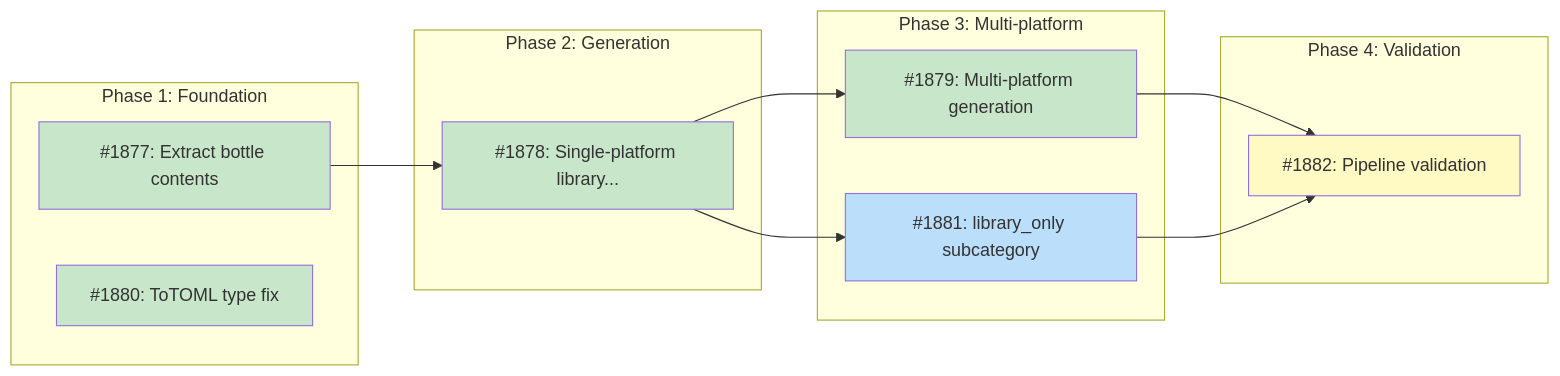
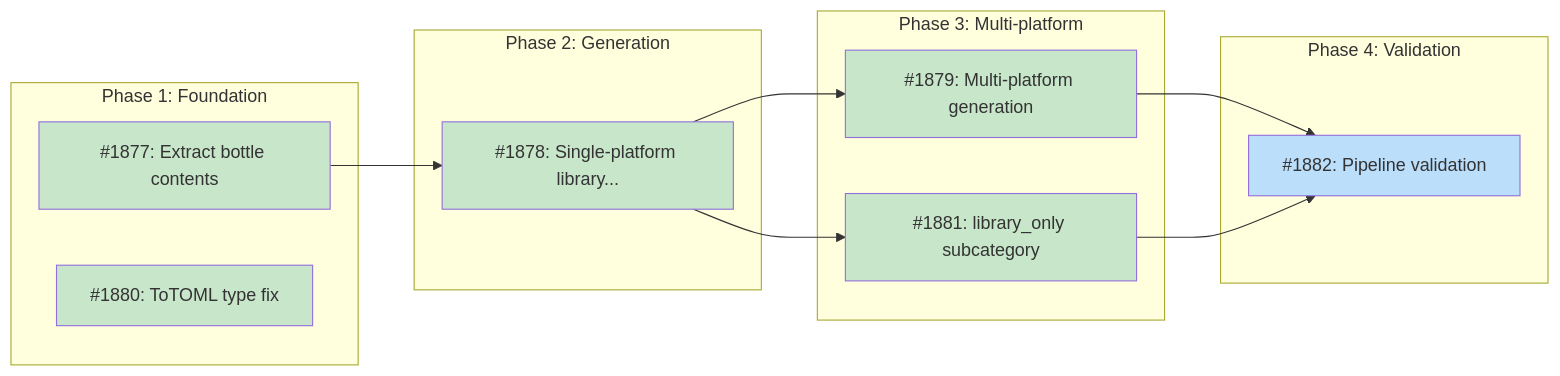
The diagram in docs/designs/DESIGN-library-recipe-generation.md (tsukumogami/tsuku), drawn with Mermaid before and after one commit. The commit also changed other lines of this file and 5 other files, not shown here.

````diff
--- a/docs/designs/DESIGN-library-recipe-generation.md
+++ b/docs/designs/DESIGN-library-recipe-generation.md
@@ -53,36 +53,35 @@
 ```mermaid
 graph LR
     subgraph Phase1["Phase 1: Foundation"]
         I1877["#1877: Extract bottle contents"]
         I1880["#1880: ToTOML type fix"]
     end
 
     subgraph Phase2["Phase 2: Generation"]
         I1878["#1878: Single-platform library..."]
     end
 
     subgraph Phase3["Phase 3: Multi-platform"]
         I1879["#1879: Multi-platform generation"]
         I1881["#1881: library_only subcategory"]
     end
 
     subgraph Phase4["Phase 4: Validation"]
         I1882["#1882: Pipeline validation"]
     end
 
     I1877 --> I1878
     I1878 --> I1879
     I1878 --> I1881
     I1879 --> I1882
     I1881 --> I1882
 
     classDef done fill:#c8e6c9
     classDef ready fill:#bbdefb
     classDef blocked fill:#fff9c4
     classDef needsDesign fill:#e1bee7
     classDef tracksDesign fill:#FFE0B2,stroke:#F57C00,color:#000
 
-    class I1877,I1878,I1879,I1880 done
-    class I1881 ready
-    class I1882 blocked
+    class I1877,I1878,I1879,I1880,I1881 done
+    class I1882 ready
 ```
````
